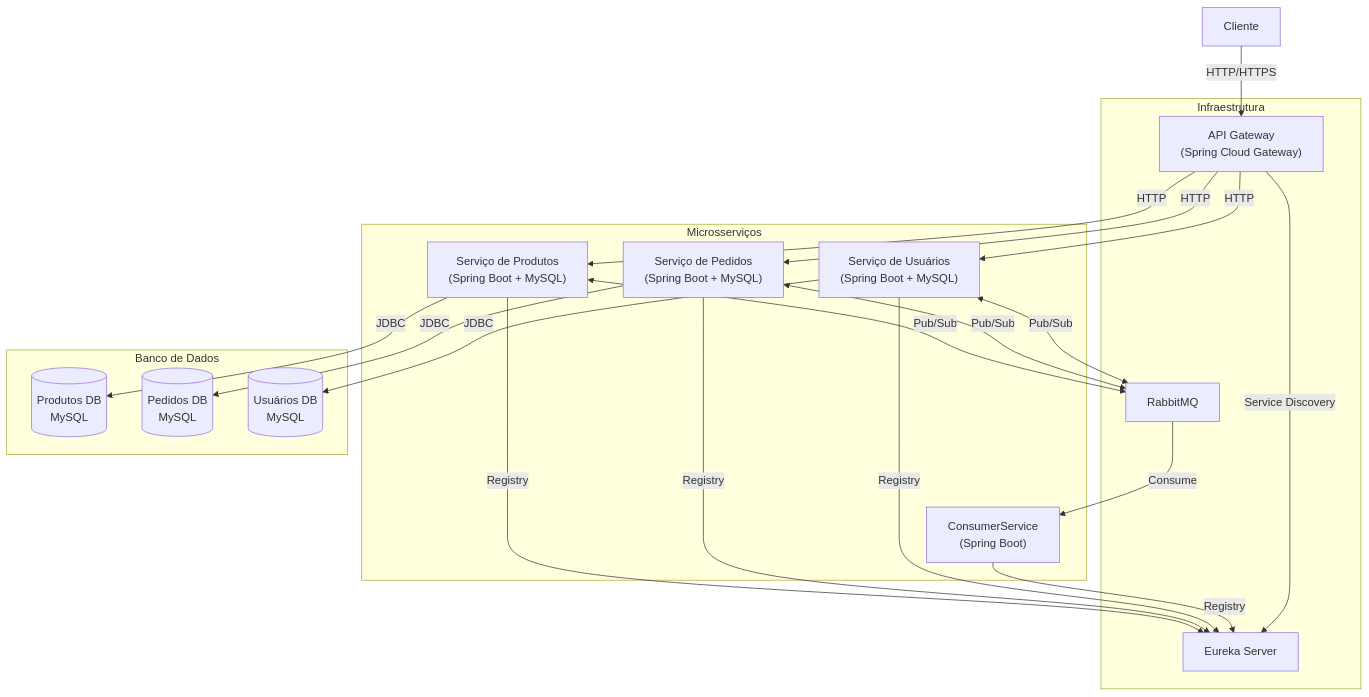
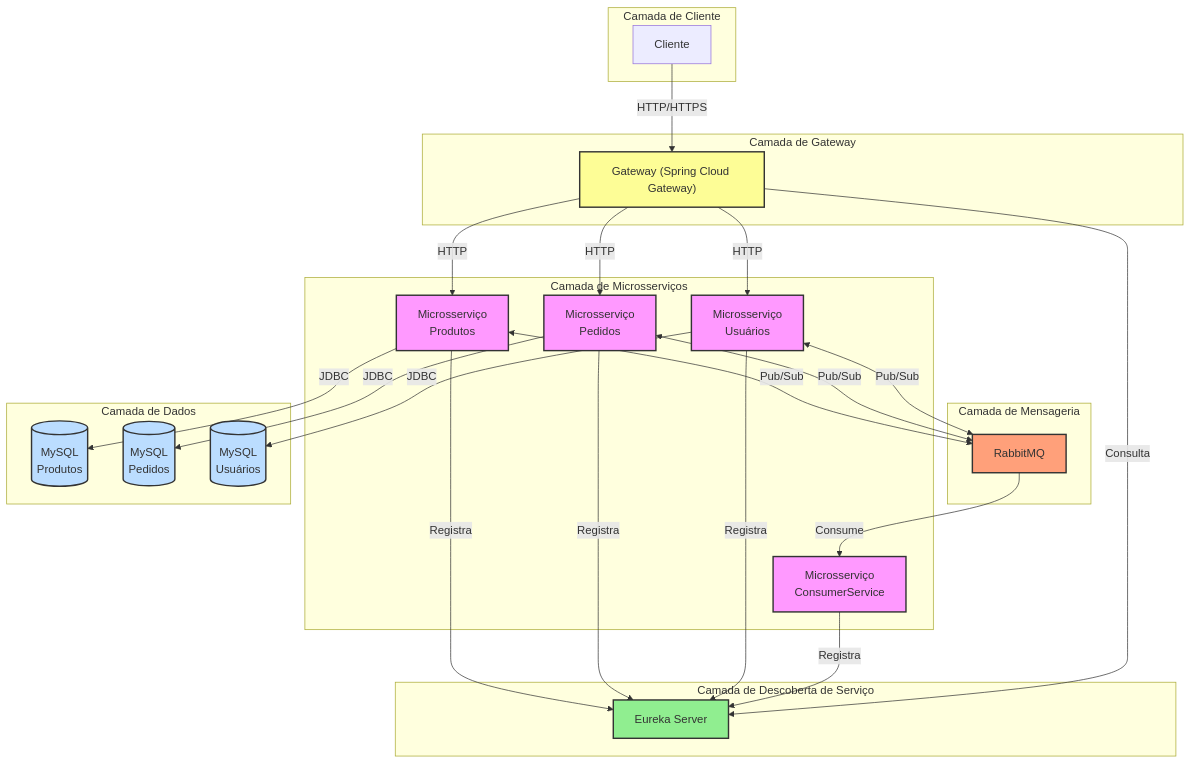
Before and after one commit to norberto-enomoto/eda-spring-boot-rabbitmq: the diagram in README.md, drawn with Mermaid.

Commit message:
Update the Architecture Diagram

````diff
--- a/README.md
+++ b/README.md
@@ -3,43 +3,62 @@
 ```mermaid
 graph TB
-    subgraph "Infraestrutura"
-        EUREKA["Eureka Server"]
-        GATEWAY["API Gateway<br>(Spring Cloud Gateway)"]
-        RABBITMQ["RabbitMQ"]
+    subgraph "Camada de Cliente"
+        Client[Cliente]
     end
 
-    subgraph "Microsserviços"
-        PRODUCT["Serviço de Produtos<br>(Spring Boot + MySQL)"]
-        ORDER["Serviço de Pedidos<br>(Spring Boot + MySQL)"]
-        USER["Serviço de Usuários<br>(Spring Boot + MySQL)"]
-        CONSUMER["ConsumerService<br>(Spring Boot)"]
+    subgraph "Camada de Gateway"
+        APIGW["Gateway (Spring Cloud Gateway)"]
     end
 
-    CLIENT["Cliente"]
-
-    CLIENT -->|HTTP/HTTPS| GATEWAY
-    GATEWAY -->|HTTP| PRODUCT
-    GATEWAY -->|HTTP| ORDER
-    GATEWAY -->|HTTP| USER
-
-    PRODUCT -->|Registry| EUREKA
-    ORDER -->|Registry| EUREKA
-    USER -->|Registry| EUREKA
-    CONSUMER -->|Registry| EUREKA
-    GATEWAY -->|Service Discovery| EUREKA
-
-    PRODUCT <-->|Pub/Sub| RABBITMQ
-    ORDER <-->|Pub/Sub| RABBITMQ
-    USER <-->|Pub/Sub| RABBITMQ
-    RABBITMQ -->|Consume| CONSUMER
-
-    subgraph "Banco de Dados"
-        PRODUCT_DB[(Produtos DB<br>MySQL)]
-        ORDER_DB[(Pedidos DB<br>MySQL)]
-        USER_DB[(Usuários DB<br>MySQL)]
+    subgraph "Camada de Descoberta de Serviço"
+        Eureka[Eureka Server]
     end
 
-    PRODUCT -->|JDBC| PRODUCT_DB
-    ORDER -->|JDBC| ORDER_DB
-    USER -->|JDBC| USER_DB
-```
+    subgraph "Camada de Microsserviços"
+        MS1[Microsserviço <br>Produtos]
+        MS2[Microsserviço <br>Pedidos]
+        MS3[Microsserviço <br>Usuários]
+        MS4[Microsserviço <br>ConsumerService]
+    end
+
+    subgraph "Camada de Mensageria"
+        RabbitMQ[RabbitMQ]
+    end
+
+    subgraph "Camada de Dados"
+        DB1[(MySQL<br>Produtos)]
+        DB2[(MySQL<br>Pedidos)]
+        DB3[(MySQL<br>Usuários)]
+    end
+
+    Client -->|HTTP/HTTPS| APIGW
+    APIGW -->|HTTP| MS1
+    APIGW -->|HTTP| MS2
+    APIGW -->|HTTP| MS3
+
+    MS1 -->|Registra| Eureka
+    MS2 -->|Registra| Eureka
+    MS3 -->|Registra| Eureka
+    MS4 -->|Registra| Eureka
+    APIGW -->|Consulta| Eureka
+
+    MS1 <-->|Pub/Sub| RabbitMQ
+    MS2 <-->|Pub/Sub| RabbitMQ
+    MS3 <-->|Pub/Sub| RabbitMQ
+    RabbitMQ -->|Consume| MS4
+
+    MS1 -->|JDBC| DB1
+    MS2 -->|JDBC| DB2
+    MS3 -->|JDBC| DB3
+
+    classDef microservice fill:#f9f,stroke:#333,stroke-width:2px;
+    classDef database fill:#bdf,stroke:#333,stroke-width:2px;
+    classDef gateway fill:#fdfd96,stroke:#333,stroke-width:2px;
+    classDef discovery fill:#90EE90,stroke:#333,stroke-width:2px;
+    classDef messaging fill:#FFA07A,stroke:#333,stroke-width:2px;
+    class MS1,MS2,MS3,MS4 microservice;
+    class DB1,DB2,DB3 database;
+    class APIGW gateway;
+    class Eureka discovery;
+    class RabbitMQ messaging;
+```  
````
